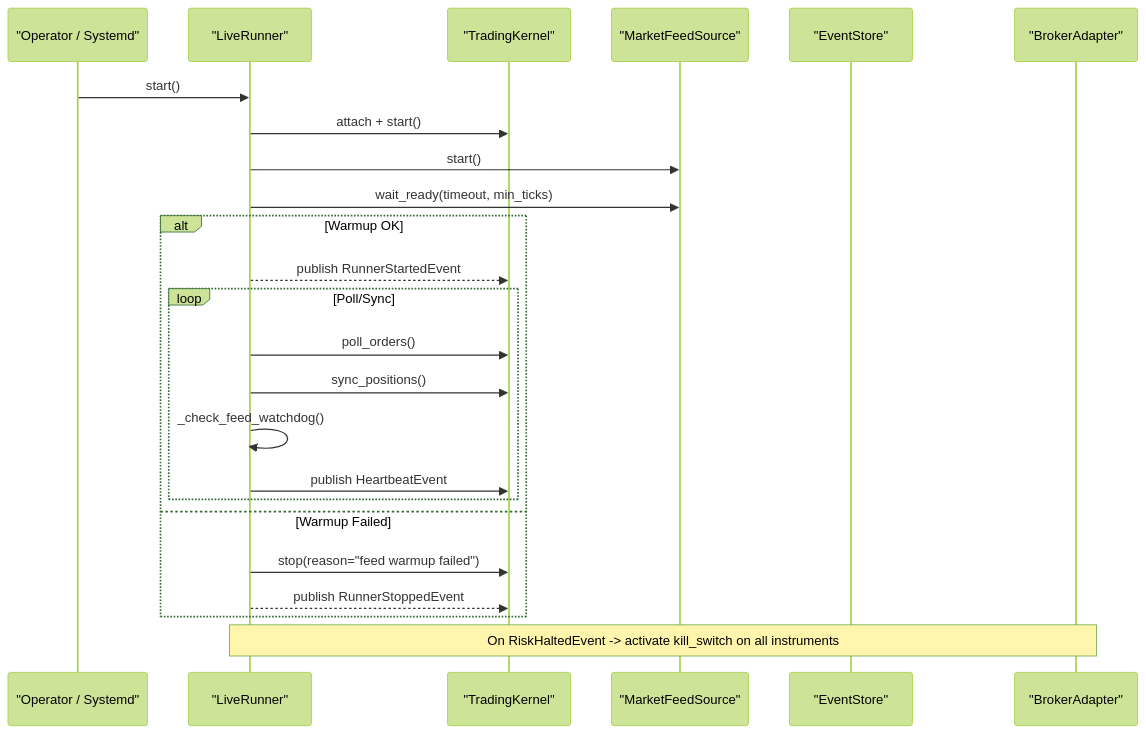
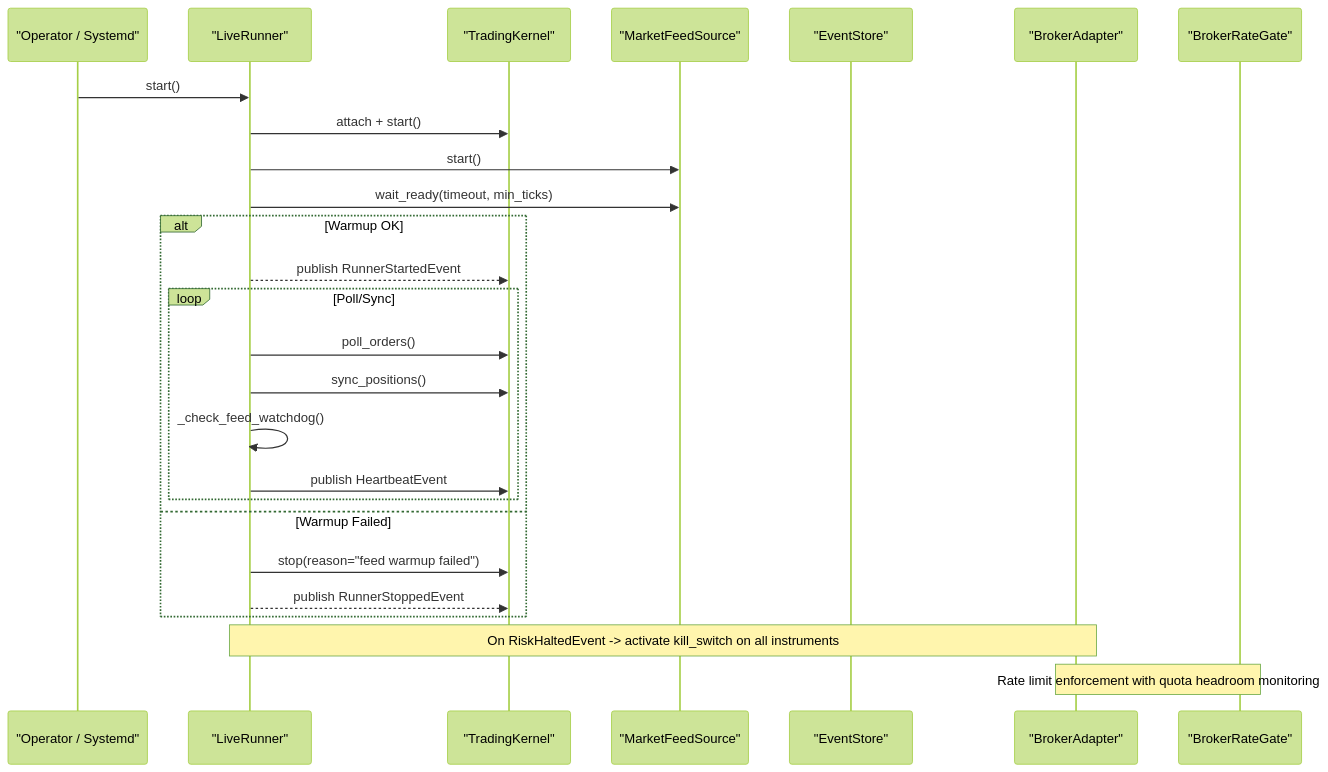
Before and after one commit to Ganesh-Kusundal/nTrade: the second of 13 diagrams in .qoder/repowiki/en/content/Examples & Tutorials/Production Deployment Examples/Production Deployment Examples.md, drawn with Mermaid (forest theme). The commit also changed other lines of this file and 203 other files, not shown here.

First line of the commit message:
review findings sweep: depth retry, LTP failure guard, stale-refresh fix, rate-gate blocked heuristic

````diff
--- a/.qoder/repowiki/en/content/Examples & Tutorials/Production Deployment Examples/Production Deployment Examples.md
+++ b/.qoder/repowiki/en/content/Examples & Tutorials/Production Deployment Examples/Production Deployment Examples.md
@@ -88,26 +109,28 @@
 ```mermaid
 sequenceDiagram
 participant Ops as "Operator / Systemd"
 participant Runner as "LiveRunner"
 participant Kernel as "TradingKernel"
 participant Feed as "MarketFeedSource"
 participant Store as "EventStore"
 participant Broker as "BrokerAdapter"
+participant RateGate as "BrokerRateGate"
 Ops->>Runner : start()
 Runner->>Kernel : attach + start()
 Runner->>Feed : start()
 Runner->>Feed : wait_ready(timeout, min_ticks)
 alt Warmup OK
 Runner-->>Kernel : publish RunnerStartedEvent
 loop Poll/Sync
 Runner->>Kernel : poll_orders()
 Runner->>Kernel : sync_positions()
 Runner->>Runner : _check_feed_watchdog()
 Runner->>Kernel : publish HeartbeatEvent
 end
 else Warmup Failed
 Runner->>Kernel : stop(reason="feed warmup failed")
 Runner-->>Kernel : publish RunnerStoppedEvent
 end
 Note over Runner,Broker : On RiskHaltedEvent -> activate kill_switch on all instruments
+Note over RateGate,Broker : Rate limit enforcement with quota headroom monitoring
 ```
````
